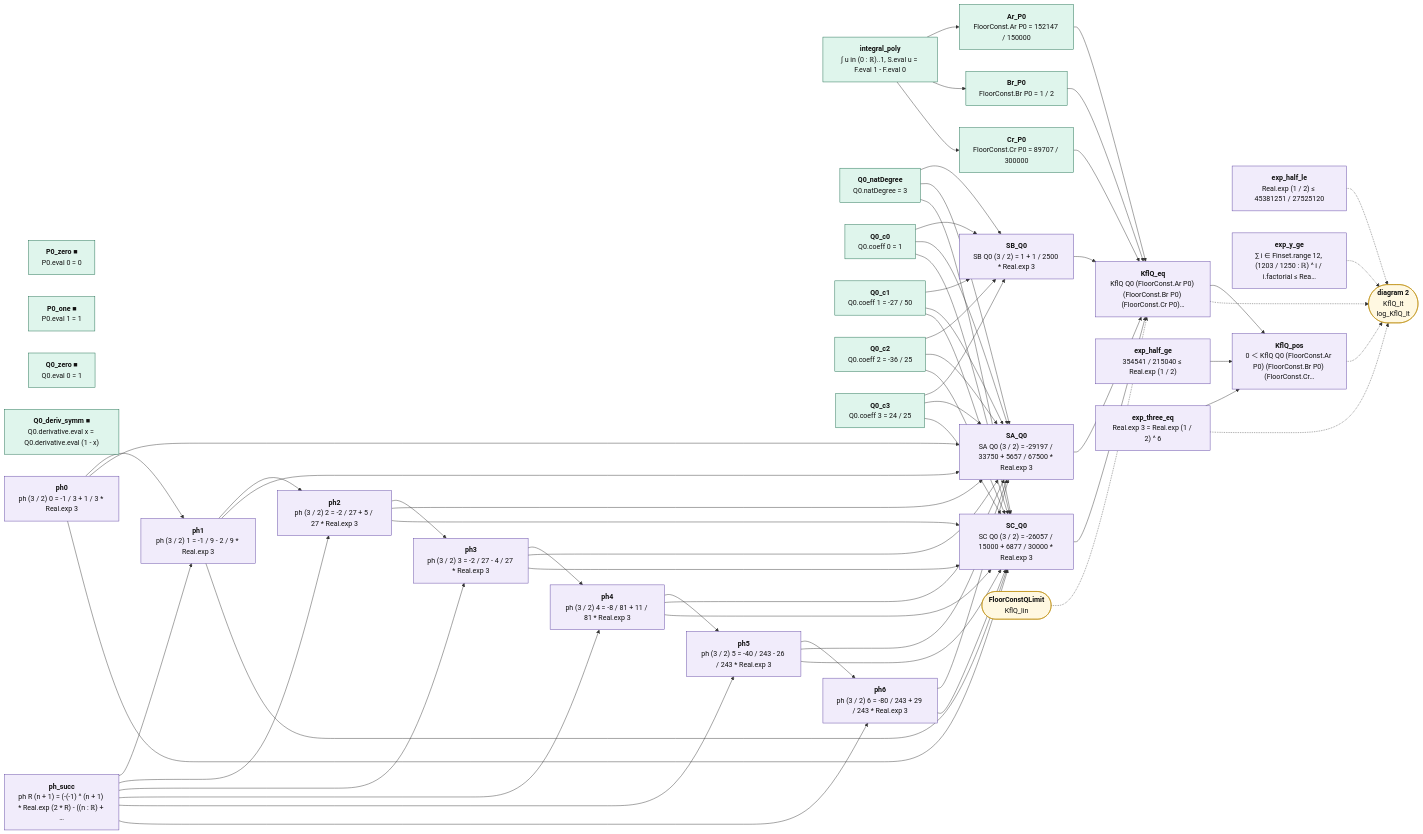
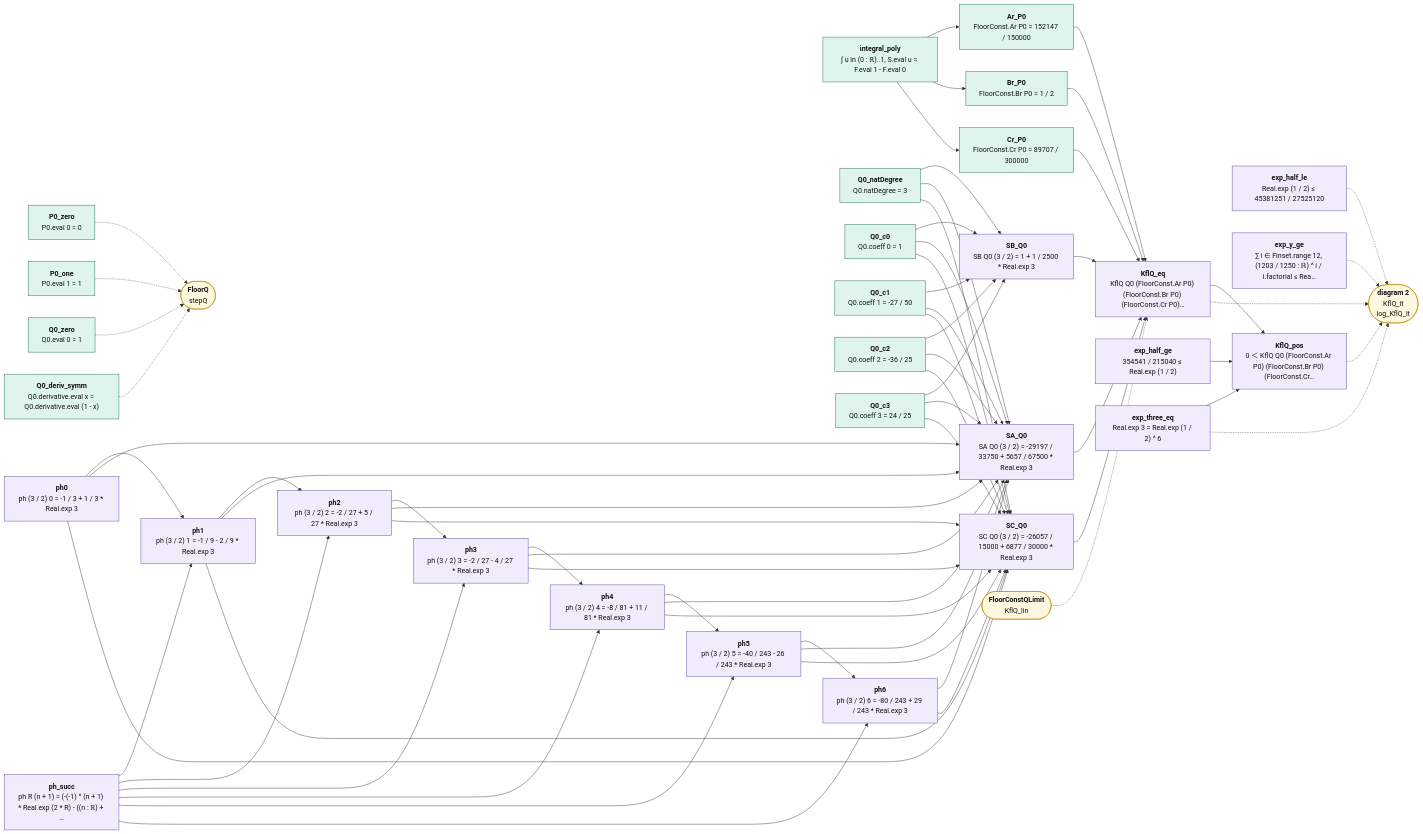
Before and after one commit to juliansambranojr/Primebeat_081426: the first of 2 diagrams in map/lean_stage3/FloorConstQ.md, drawn with Mermaid. The commit also changed other lines of this file and 70 other files, not shown here.

````diff
--- a/map/lean_stage3/FloorConstQ.md
+++ b/map/lean_stage3/FloorConstQ.md
@@ -16,9 +16,9 @@
 ```mermaid
 flowchart LR
-  n0["<b>P0_zero ■</b><br/>P0.eval 0 = 0"]:::cnt
-  n1["<b>P0_one ■</b><br/>P0.eval 1 = 1"]:::cnt
-  n2["<b>Q0_zero ■</b><br/>Q0.eval 0 = 1"]:::cnt
-  n3["<b>Q0_deriv_symm ■</b><br/>Q0.derivative.eval x = Q0.derivative.eval (1 - x)"]:::cnt
+  n0["<b>P0_zero</b><br/>P0.eval 0 = 0"]:::cnt
+  n1["<b>P0_one</b><br/>P0.eval 1 = 1"]:::cnt
+  n2["<b>Q0_zero</b><br/>Q0.eval 0 = 1"]:::cnt
+  n3["<b>Q0_deriv_symm</b><br/>Q0.derivative.eval x = Q0.derivative.eval (1 - x)"]:::cnt
   n4["<b>integral_poly</b><br/>∫ u in (0 : ℝ)..1, S.eval u = F.eval 1 - F.eval 0"]:::cnt
   n5["<b>Ar_P0</b><br/>FloorConst.Ar P0 = 152147 / 150000"]:::cnt
   n6["<b>Br_P0</b><br/>FloorConst.Br P0 = 1 / 2"]:::cnt
@@ -45,8 +45,9 @@
   n27["<b>exp_three_eq</b><br/>Real.exp 3 = Real.exp (1 / 2) ^ 6"]:::shp
   n28["<b>exp_y_ge</b><br/>∑ i ∈ Finset.range 12, (1203 / 1250 : ℝ) ^ i / i.factorial ≤ Rea…"]:::shp
   n29["<b>KflQ_pos</b><br/>0 ＜ KflQ Q0 (FloorConst.Ar P0) (FloorConst.Br P0) (FloorConst.Cr…"]:::shp
-  x0(["<b>FloorConstQLimit</b><br/>KflQ_lin"]):::ext
-  x1(["<b>diagram 2</b><br/>KflQ_lt<br/>log_KflQ_lt"]):::ext
+  x0(["<b>FloorQ</b><br/>stepQ"]):::ext
+  x1(["<b>FloorConstQLimit</b><br/>KflQ_lin"]):::ext
+  x2(["<b>diagram 2</b><br/>KflQ_lt<br/>log_KflQ_lt"]):::ext
   n10 --> n21
   n10 --> n22
   n10 --> n23
@@ -100,12 +101,16 @@
   n9 --> n21
   n9 --> n22
   n9 --> n23
-  n24 -.-> x1
-  n25 -.-> x1
-  n27 -.-> x1
-  n28 -.-> x1
-  n29 -.-> x1
-  x0 -.-> n24
+  n0 -.-> x0
+  n1 -.-> x0
+  n2 -.-> x0
+  n24 -.-> x2
+  n25 -.-> x2
+  n27 -.-> x2
+  n28 -.-> x2
+  n29 -.-> x2
+  n3 -.-> x0
+  x1 -.-> n24
   classDef cnt fill:#dff5ec,stroke:#17694a,color:#111
   classDef shp fill:#f1ecfb,stroke:#5b3fa0,color:#111
   classDef rh fill:#ffe5e5,stroke:#c22,color:#111,stroke-width:2px
````
